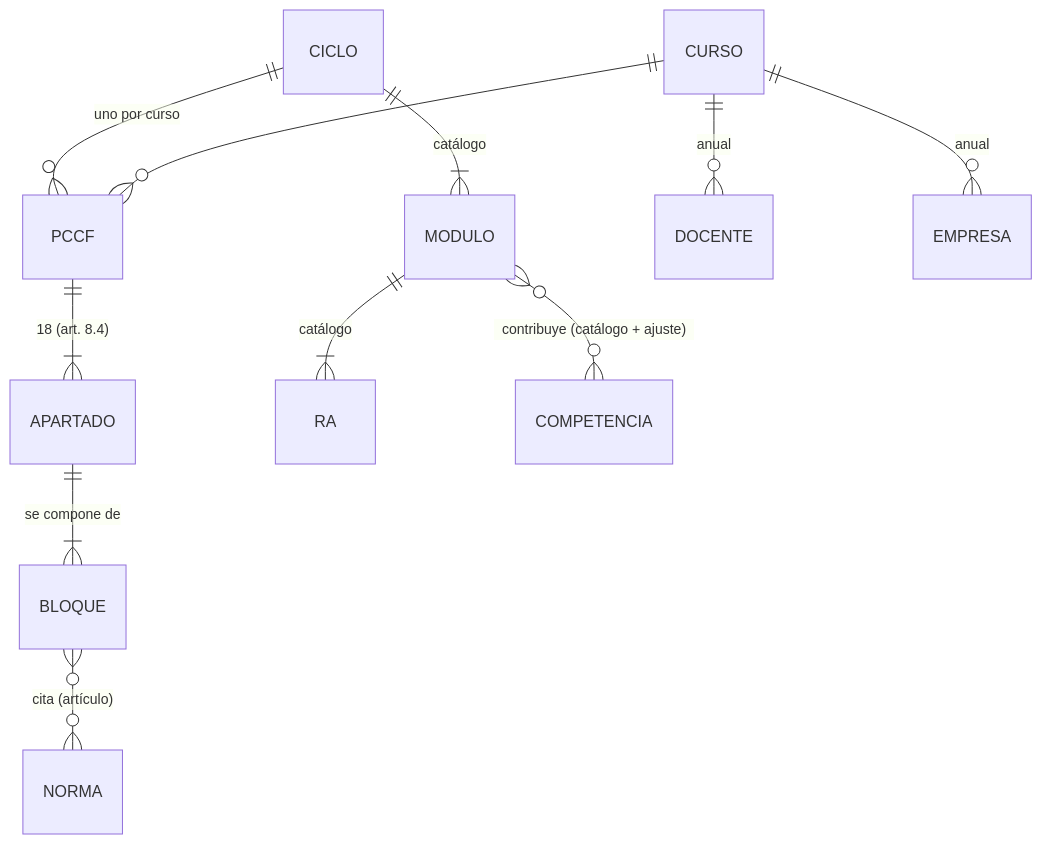
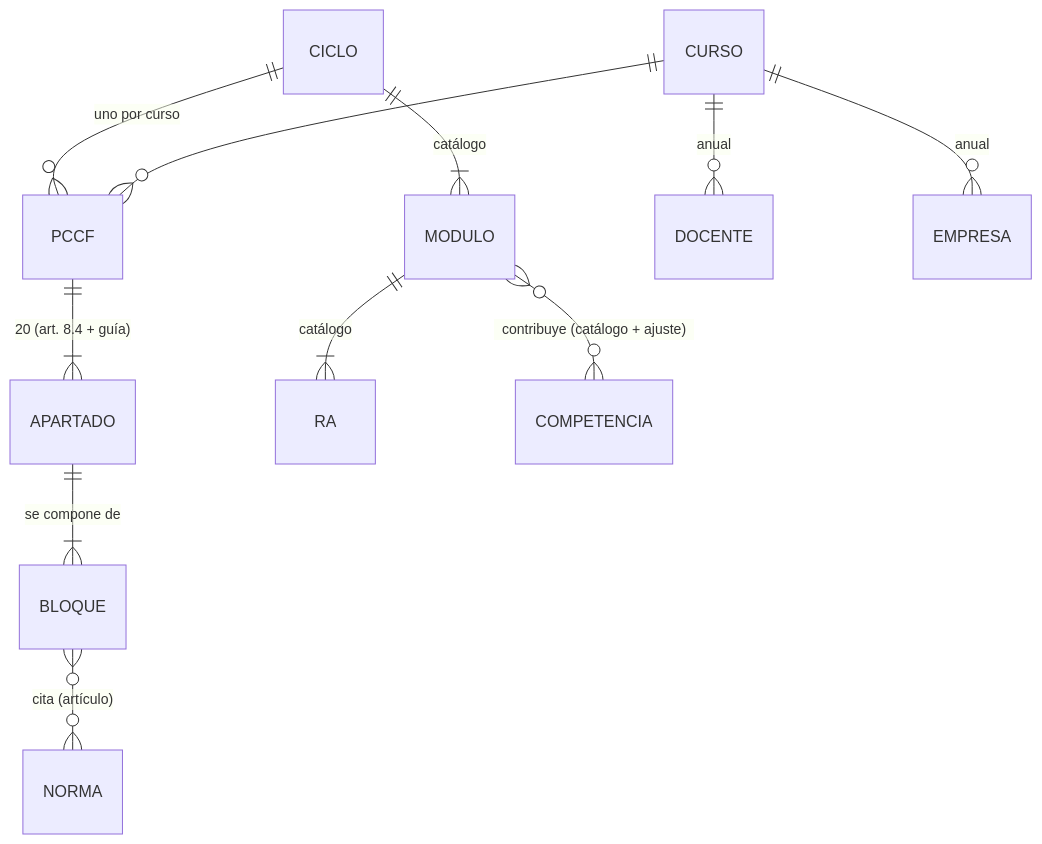
Before and after one commit to cferrerobonet/PCCF: the diagram in ARCHITECTURE.md, drawn with Mermaid. The commit also changed other lines of this file and 53 other files, not shown here.

````diff
--- a/ARCHITECTURE.md
+++ b/ARCHITECTURE.md
@@ -49,13 +51,13 @@
 ```mermaid
 erDiagram
   CICLO ||--o{ PCCF : "uno por curso"
   CURSO ||--o{ PCCF : ""
-  PCCF ||--|{ APARTADO : "18 (art. 8.4)"
+  PCCF ||--|{ APARTADO : "20 (art. 8.4 + guía)"
   APARTADO ||--|{ BLOQUE : "se compone de"
   BLOQUE }o--o{ NORMA : "cita (artículo)"
   CICLO ||--|{ MODULO : "catálogo"
   MODULO ||--|{ RA : "catálogo"
   MODULO }o--o{ COMPETENCIA : "contribuye (catálogo + ajuste)"
   CURSO ||--o{ DOCENTE : "anual"
   CURSO ||--o{ EMPRESA : "anual"
 ```
````
